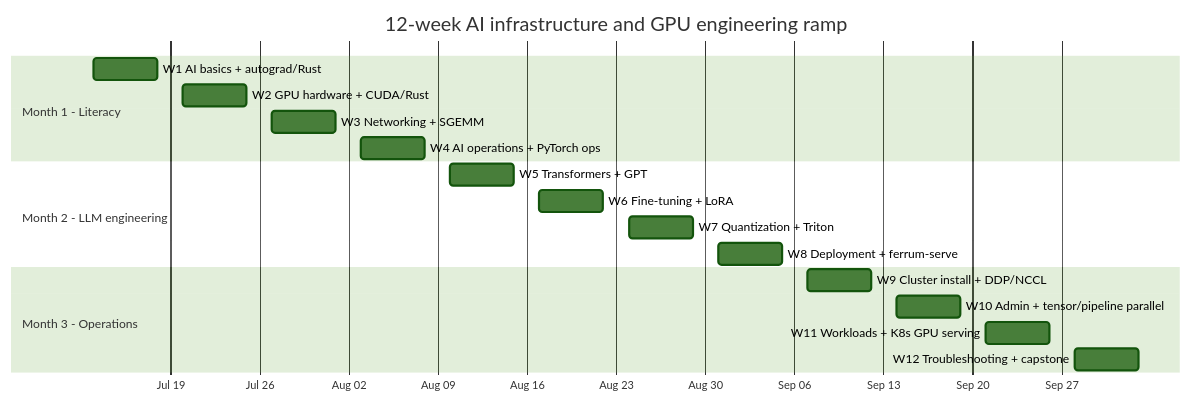
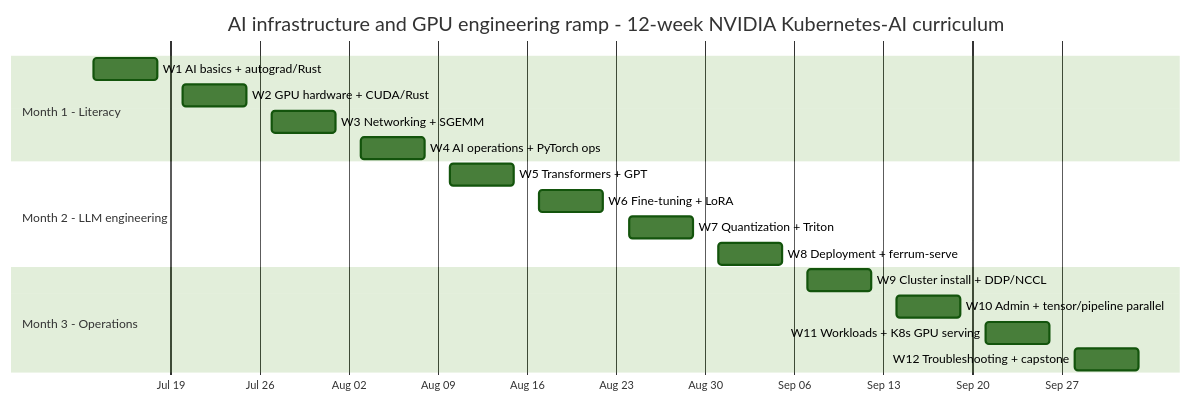
Before and after one commit to trocca/ai-infra-gpu-engineering-ramp: the second of 2 diagrams in README.md, drawn with Mermaid (forest theme). The commit also changed other lines of this file and 2 other files, not shown here.

Commit message:
Improve public curriculum title

````diff
--- a/README.md
+++ b/README.md
@@ -92,24 +92,24 @@
 ```mermaid
 gantt
-    title 12-week AI infrastructure and GPU engineering ramp
+    title AI infrastructure and GPU engineering ramp - 12-week NVIDIA Kubernetes-AI curriculum
     dateFormat  YYYY-MM-DD
     axisFormat  %b %d
 
     section Month 1 - Literacy
     W1 AI basics + autograd/Rust          :2026-07-13, 5d
     W2 GPU hardware + CUDA/Rust          :2026-07-20, 5d
     W3 Networking + SGEMM                :2026-07-27, 5d
     W4 AI operations + PyTorch ops       :2026-08-03, 5d
 
     section Month 2 - LLM engineering
     W5 Transformers + GPT                :2026-08-10, 5d
     W6 Fine-tuning + LoRA                :2026-08-17, 5d
     W7 Quantization + Triton             :2026-08-24, 5d
     W8 Deployment + ferrum-serve         :2026-08-31, 5d
 
     section Month 3 - Operations
     W9 Cluster install + DDP/NCCL        :2026-09-07, 5d
     W10 Admin + tensor/pipeline parallel :2026-09-14, 5d
     W11 Workloads + K8s GPU serving      :2026-09-21, 5d
     W12 Troubleshooting + capstone       :2026-09-28, 5d
 ```
````
